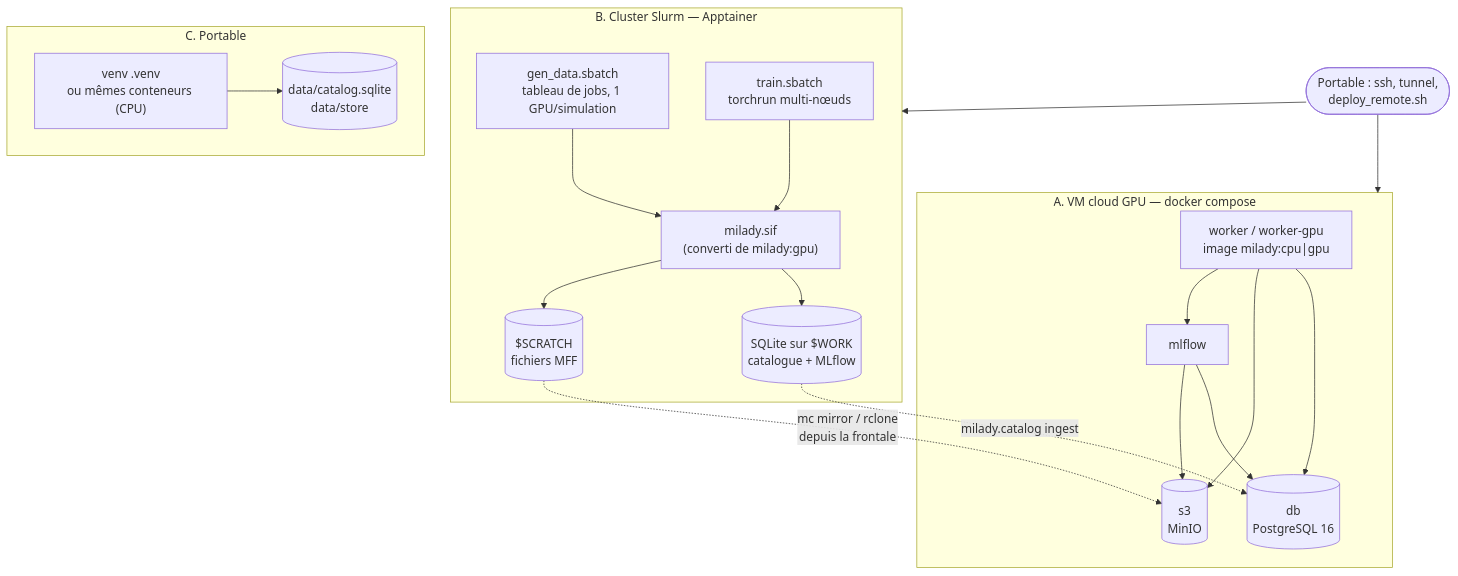
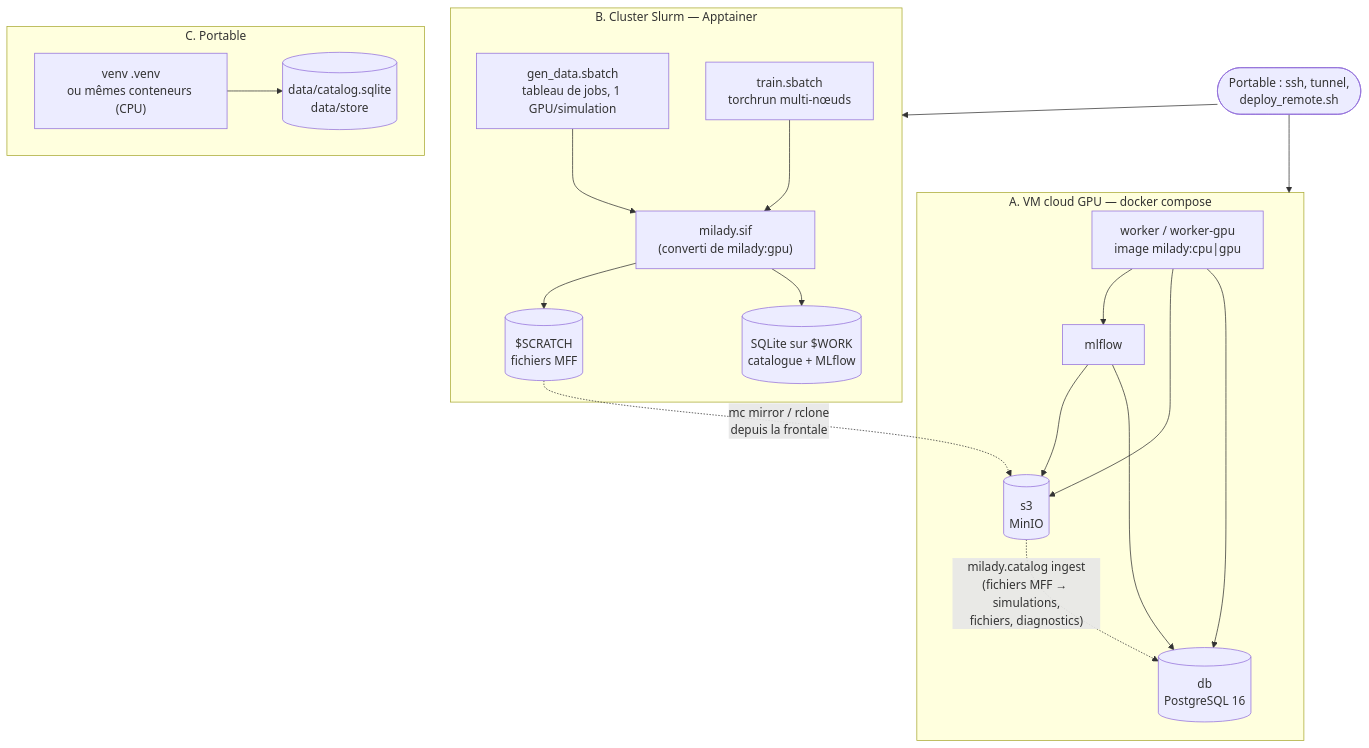
Before and after one commit to knoel99/milady-2027: the second of 2 diagrams in infra/ARCHITECTURE.md, drawn with Mermaid. The commit also changed other lines of this file and 62 other files, not shown here.

````diff
--- a/infra/ARCHITECTURE.md
+++ b/infra/ARCHITECTURE.md
@@ -59,34 +60,34 @@
 ```mermaid
 flowchart TB
     subgraph VM["A. VM cloud GPU — docker compose"]
         db[("db<br/>PostgreSQL 16")]
         s3[("s3<br/>MinIO")]
         mlf["mlflow"]
         w["worker / worker-gpu<br/>image milady:cpu|gpu"]
         w --> db
         w --> s3
         w --> mlf
         mlf --> db
         mlf --> s3
     end
     subgraph HPC["B. Cluster Slurm — Apptainer"]
         sif["milady.sif<br/>(converti de milady:gpu)"]
         arr["gen_data.sbatch<br/>tableau de jobs, 1 GPU/simulation"]
         tr["train.sbatch<br/>torchrun multi-nœuds"]
         sq[("SQLite sur $WORK<br/>catalogue + MLflow")]
         fs[("$SCRATCH<br/>fichiers MFF")]
         arr --> sif
         tr --> sif
         sif --> sq
         sif --> fs
     end
     subgraph LAP["C. Portable"]
         venv["venv .venv<br/>ou mêmes conteneurs (CPU)"]
         lite[("data/catalog.sqlite<br/>data/store")]
         venv --> lite
     end
     fs -. "mc mirror / rclone<br/>depuis la frontale" .-> s3
-    sq -. "milady.catalog ingest" .-> db
+    s3 -. "milady.catalog ingest<br/>(fichiers MFF → simulations,<br/>fichiers, diagnostics)" .-> db
     Dev(["Portable : ssh, tunnel,<br/>deploy_remote.sh"]) --> VM
     Dev --> HPC
 ```
````
